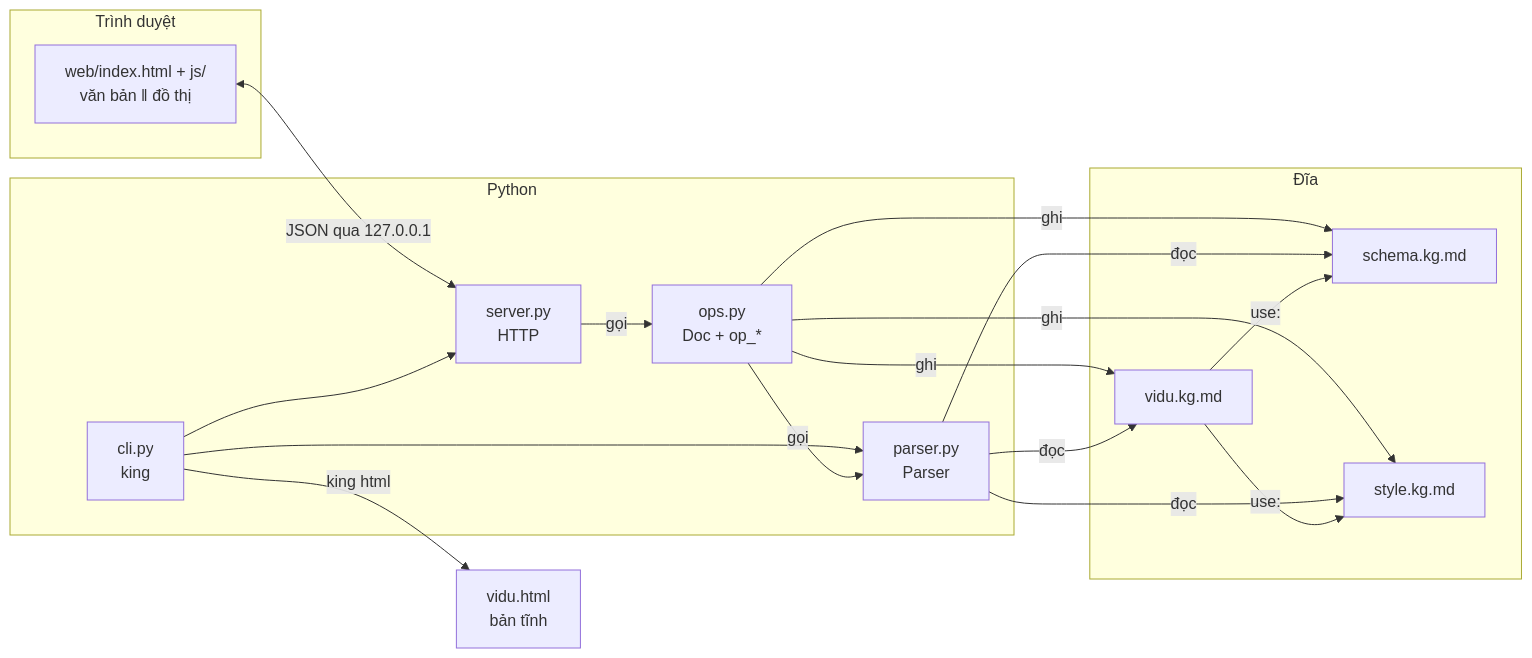
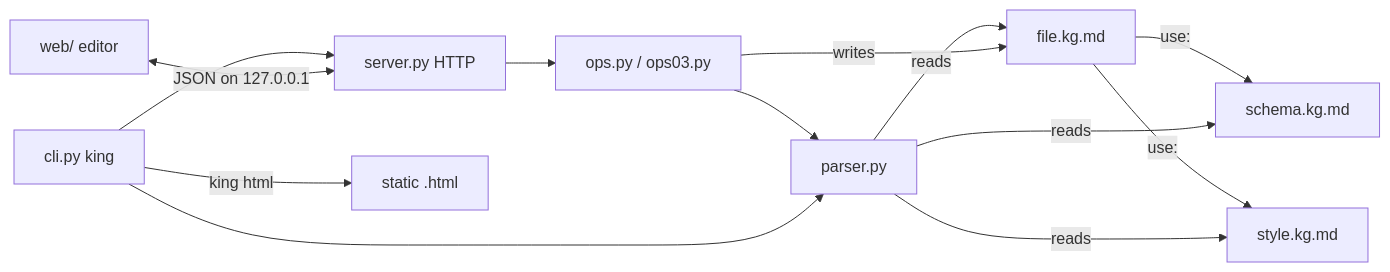
Before and after one commit to Tran-Thu-Le/KING-MARKDOWN: the diagram in docs/architecture.md, drawn with Mermaid. The commit also changed other lines of this file and 89 other files, not shown here.

````diff
--- a/docs/architecture.md
+++ b/docs/architecture.md
@@ -21,26 +14,10 @@
 ```mermaid
 flowchart LR
-  subgraph Đĩa
-    KG[vidu.kg.md]
-    SC[schema.kg.md]
-    SY[style.kg.md]
-  end
-  subgraph Python
-    P[parser.py<br/>Parser]
-    O[ops.py<br/>Doc + op_*]
-    S[server.py<br/>HTTP]
-    C[cli.py<br/>king]
-  end
-  subgraph Trình duyệt
-    E[web/index.html + js/<br/>văn bản ‖ đồ thị]
-  end
-  KG -->|use:| SC
-  KG -->|use:| SY
-  P -- đọc --> KG & SC & SY
-  S -- gọi --> O
-  O -- gọi --> P
-  O -- ghi --> KG & SC & SY
-  C --> S & P
-  E <-->|JSON qua 127.0.0.1| S
-  C -->|king html| V[vidu.html<br/>bản tĩnh]
+  KG[file.kg.md] -->|use:| SC[schema.kg.md] & SY[style.kg.md]
+  P[parser.py] -- reads --> KG & SC & SY
+  S[server.py HTTP] --> O[ops.py / ops03.py] --> P
+  O -- writes --> KG
+  C[cli.py king] --> S & P
+  E[web/ editor] <-->|JSON on 127.0.0.1| S
+  C -->|king html| V[static .html]
 ```
````
